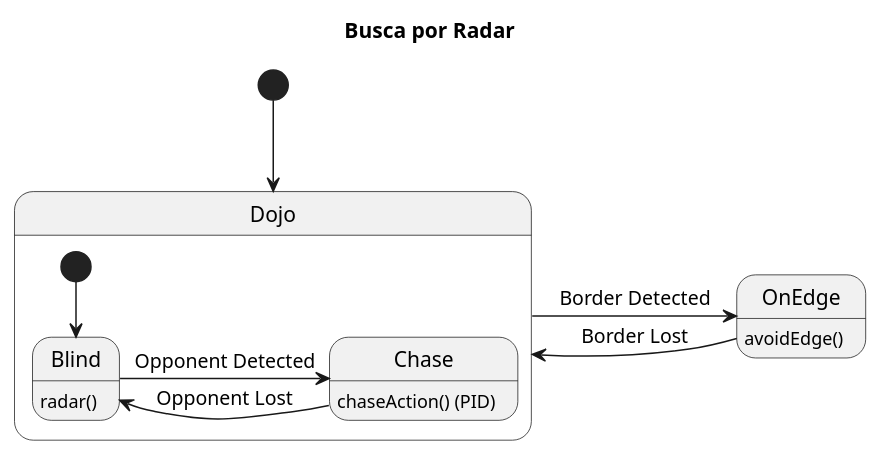
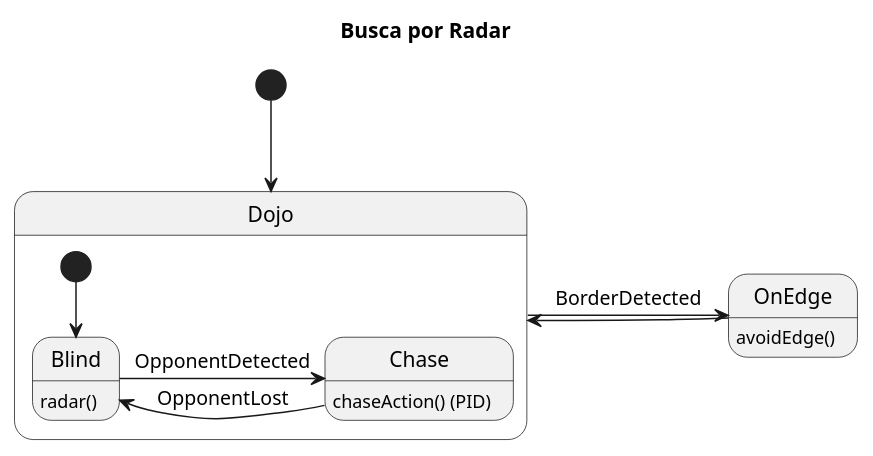
The diagram in Integrado/Diagramas de Estado/Exemplo_Diagrama_Radar.wsd (viniciusfneves/state-machine-sumo-controller), drawn with PlantUML before and after one commit. The commit also changed 1 other file, not shown here.

```diff
--- a/Integrado/Diagramas de Estado/Exemplo_Diagrama_Radar.wsd
+++ b/Integrado/Diagramas de Estado/Exemplo_Diagrama_Radar.wsd
@@ -1,23 +1,23 @@
 @startuml RadarSearch
 
 title Busca por Radar
 
 [*] --> Dojo
-Dojo -> OnEdge : Border Detected
-OnEdge -> Dojo : Border Lost
+Dojo -> OnEdge : BorderDetected
+OnEdge -> Dojo
 
 state Dojo{
     [*] --> Blind
-    Blind -> Chase : Opponent Detected
-    Chase -> Blind : Opponent Lost
+    Blind -> Chase : OpponentDetected
+    Chase -> Blind : OpponentLost
 }
 
 /'
 ' Descrições
 '/
 
 Blind : radar()
 Chase : chaseAction() (PID)
 OnEdge : avoidEdge()
 
 @enduml
```
